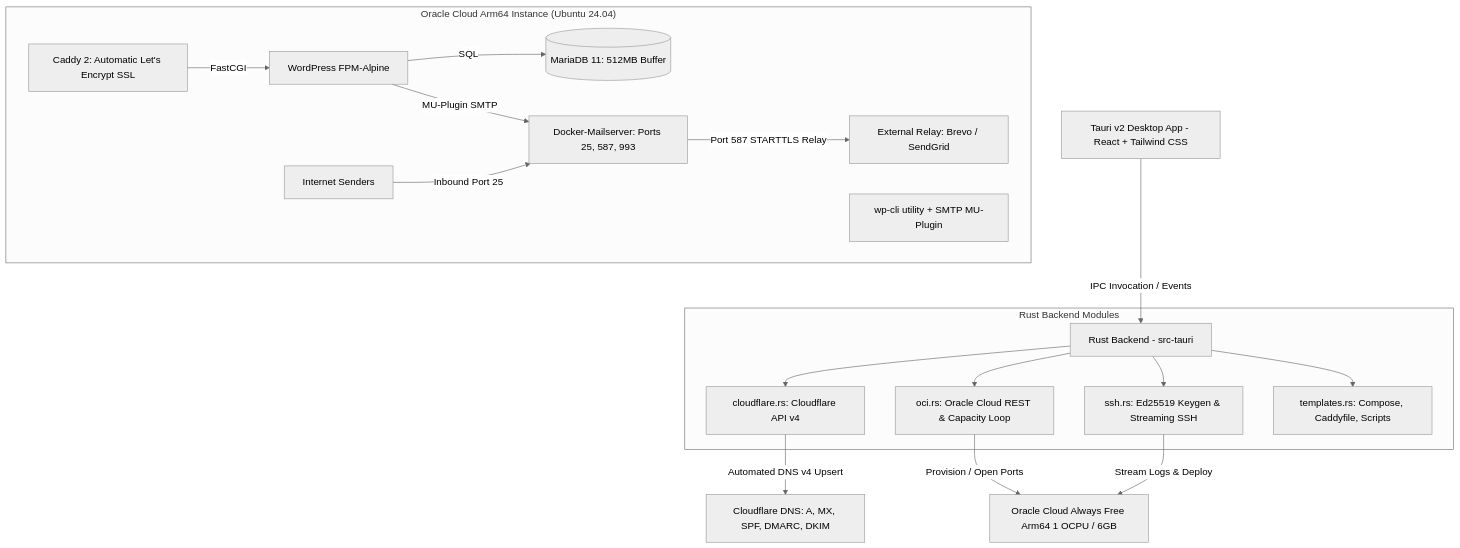
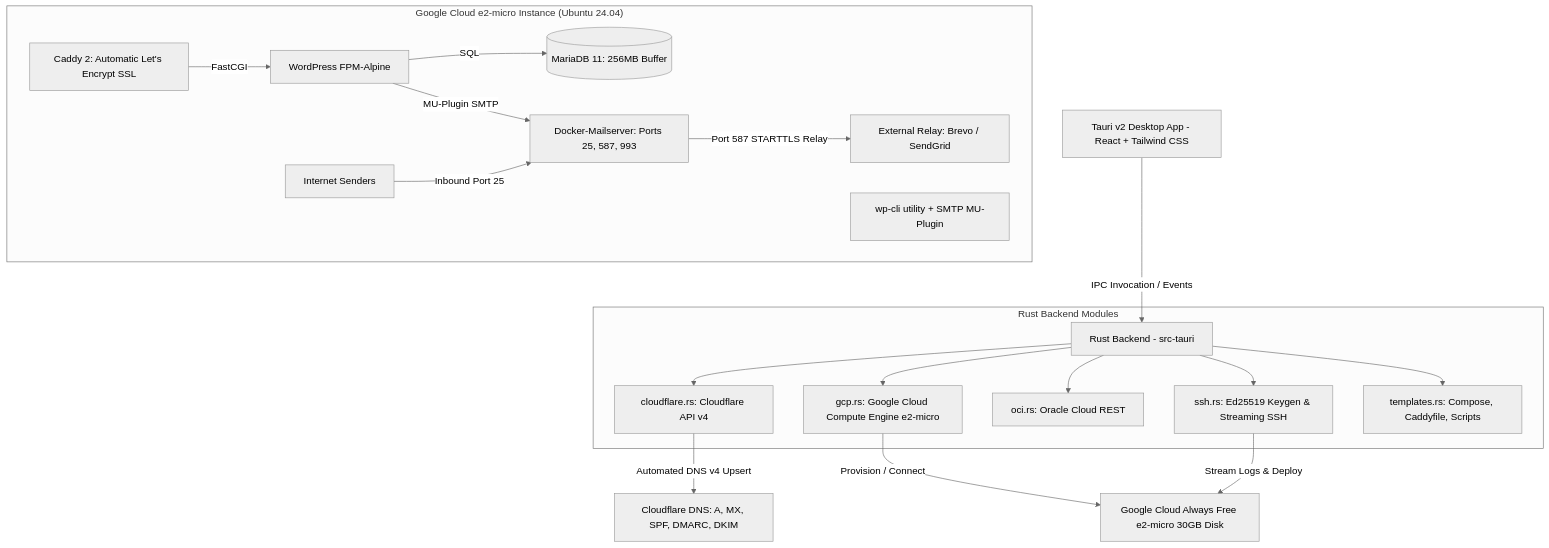
The diagram in deployment_guide.md (vickdini/CloudPress), drawn with Mermaid (neutral theme) before and after one commit. The commit also changed other lines of this file and 13 other files, not shown here.

````diff
--- a/deployment_guide.md
+++ b/deployment_guide.md
@@ -9,29 +9,30 @@
 ```mermaid
 graph TD
     UI[Tauri v2 Desktop App - React + Tailwind CSS] -->|IPC Invocation / Events| Core[Rust Backend - src-tauri]
     
     subgraph Rust Backend Modules
         Core --> CF[cloudflare.rs: Cloudflare API v4]
-        Core --> OCI[oci.rs: Oracle Cloud REST & Capacity Loop]
+        Core --> GCP[gcp.rs: Google Cloud Compute Engine e2-micro]
+        Core --> OCI[oci.rs: Oracle Cloud REST]
         Core --> SSH[ssh.rs: Ed25519 Keygen & Streaming SSH]
         Core --> TPL[templates.rs: Compose, Caddyfile, Scripts]
     end
 
     CF -->|Automated DNS v4 Upsert| CloudflareDNS[Cloudflare DNS: A, MX, SPF, DMARC, DKIM]
-    OCI -->|Provision / Open Ports| OracleVM[Oracle Cloud Always Free Arm64 1 OCPU / 6GB]
-    SSH -->|Stream Logs & Deploy| OracleVM
+    GCP -->|Provision / Connect| CloudVM[Google Cloud Always Free e2-micro 30GB Disk]
+    SSH -->|Stream Logs & Deploy| CloudVM
 
-    subgraph "Oracle Cloud Arm64 Instance (Ubuntu 24.04)"
+    subgraph "Google Cloud e2-micro Instance (Ubuntu 24.04)"
         Caddy[Caddy 2: Automatic Let's Encrypt SSL]
         WP[WordPress FPM-Alpine]
-        DB[(MariaDB 11: 512MB Buffer)]
+        DB[(MariaDB 11: 256MB Buffer)]
         Mail[Docker-Mailserver: Ports 25, 587, 993]
         WPCLI[wp-cli utility + SMTP MU-Plugin]
         
         Caddy -->|FastCGI| WP
         WP -->|SQL| DB
         WP -->|MU-Plugin SMTP| Mail
         Mail -->|Port 587 STARTTLS Relay| OutboundRelay[External Relay: Brevo / SendGrid]
         InboundMail[Internet Senders] -->|Inbound Port 25| Mail
     end
 ```
````
